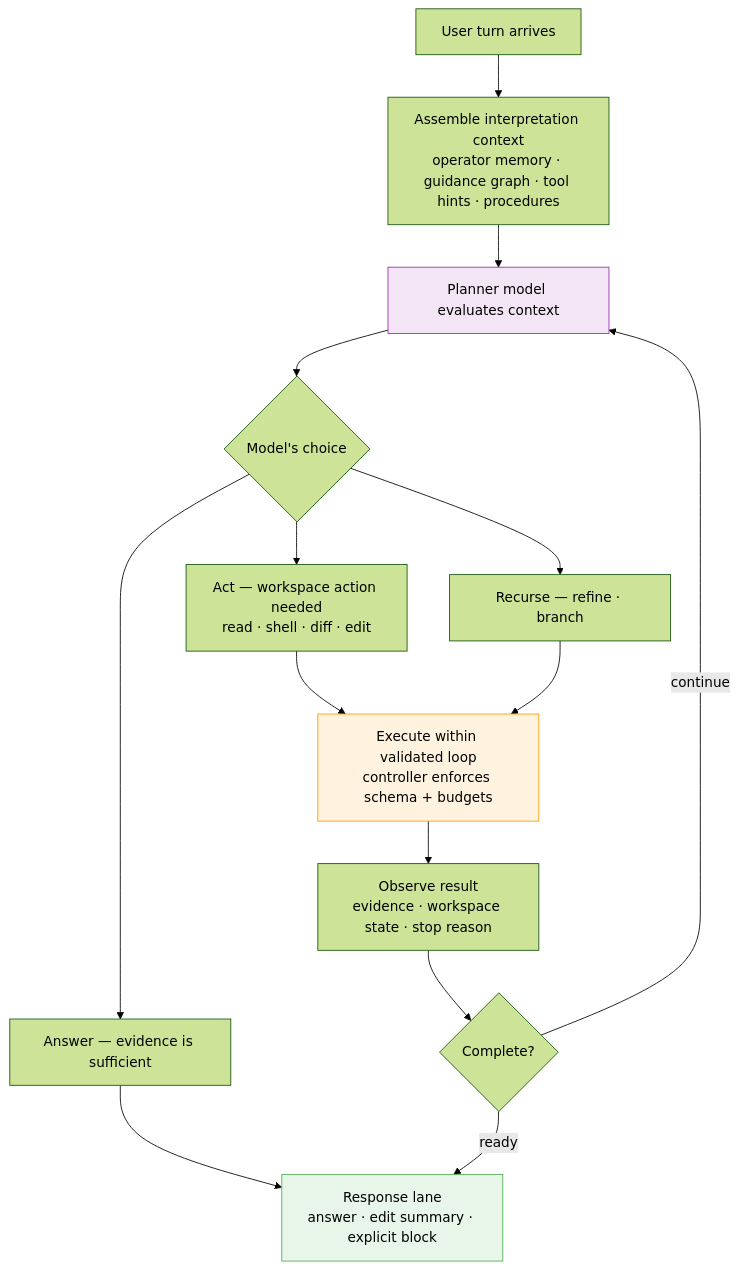
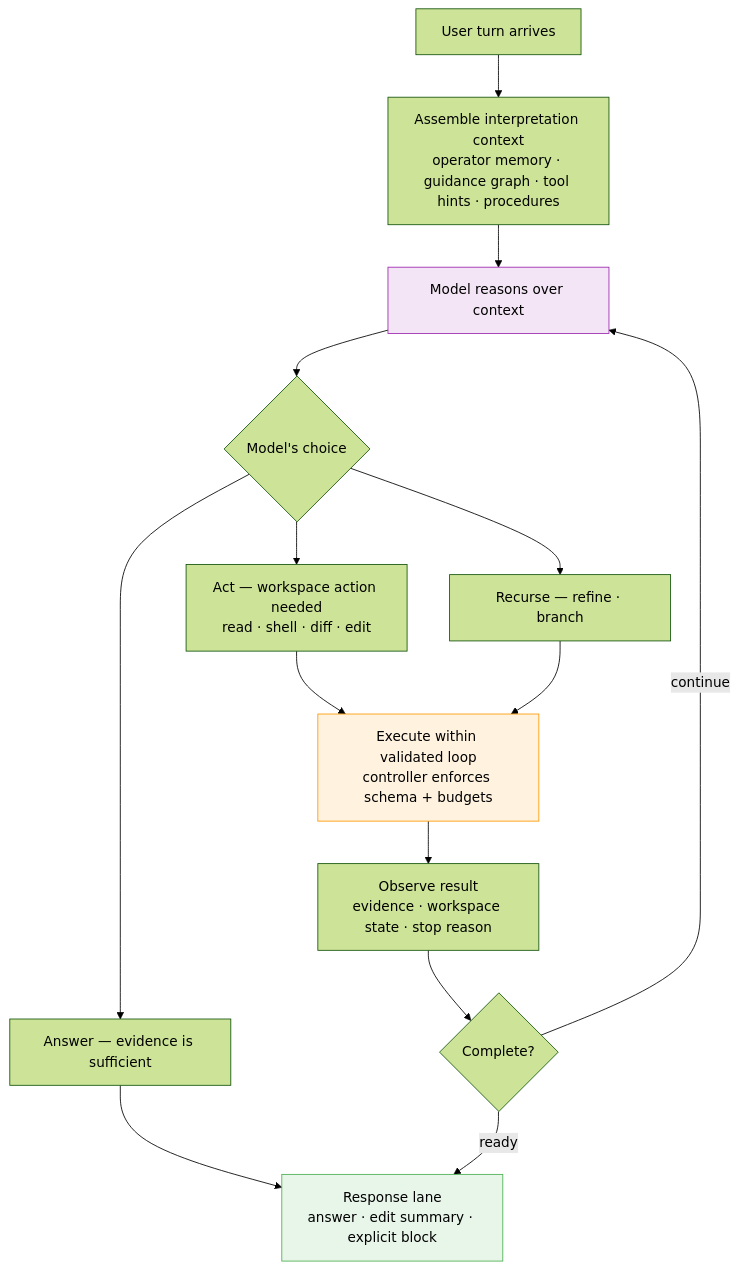
The third of 6 diagrams in README.md (spoke-sh/paddles), drawn with Mermaid (forest theme) before and after one commit. The commit also changed other lines of this file and 17 other files, not shown here.

````diff
--- a/README.md
+++ b/README.md
@@ -148,26 +152,26 @@
 ```mermaid
 flowchart TD
     U["User turn arrives"]
     I["Assemble interpretation context<br/>operator memory · guidance graph · tool hints · procedures"]
-    M["Planner model evaluates context"]
+    M["Model reasons over context"]
     C{"Model's choice"}
     A["Answer — evidence is sufficient"]
     T["Act — workspace action needed<br/>read · shell · diff · edit"]
     R["Recurse — refine · branch"]
     L["Execute within validated loop<br/>controller enforces schema + budgets"]
     E["Observe result<br/>evidence · workspace state · stop reason"]
     Q{"Complete?"}
     S["Response lane<br/>answer · edit summary · explicit block"]
 
     U --> I --> M --> C
     C --> A --> S
     C --> T --> L
     C --> R --> L
     L --> E --> Q
     Q -->|"continue"| M
     Q -->|"ready"| S
 
     style M fill:#f3e5f5,stroke:#9C27B0
     style L fill:#fff3e0,stroke:#FF9800
     style S fill:#e8f5e9,stroke:#4CAF50
 ```
````
